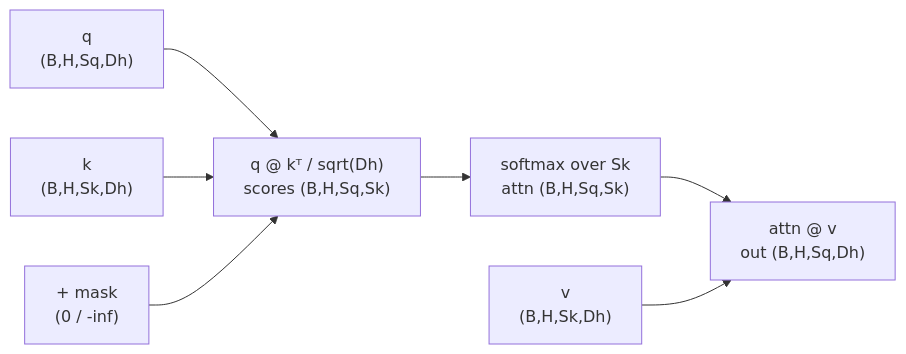
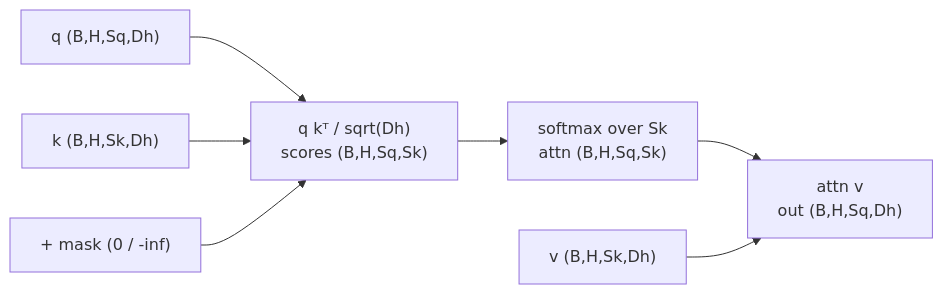
Before and after one commit to tanmaniac/nanovision: the first of 4 diagrams in assignments/a01_transformer/README.md, drawn with Mermaid. The commit also changed other lines of this file and 68 other files, not shown here.

````diff
--- a/assignments/a01_transformer/README.md
+++ b/assignments/a01_transformer/README.md
@@ -109,9 +72,9 @@
 ```mermaid
 flowchart LR
-    Q["q<br/>(B,H,Sq,Dh)"] --> S["q @ kᵀ / sqrt(Dh)<br/>scores (B,H,Sq,Sk)"]
-    K["k<br/>(B,H,Sk,Dh)"] --> S
-    M["+ mask<br/>(0 / -inf)"] --> S
+    Q["q (B,H,Sq,Dh)"] --> S["q kᵀ / sqrt(Dh)<br/>scores (B,H,Sq,Sk)"]
+    K["k (B,H,Sk,Dh)"] --> S
+    M["+ mask (0 / -inf)"] --> S
     S --> SM["softmax over Sk<br/>attn (B,H,Sq,Sk)"]
-    SM --> O["attn @ v<br/>out (B,H,Sq,Dh)"]
-    V["v<br/>(B,H,Sk,Dh)"] --> O
+    SM --> O["attn v<br/>out (B,H,Sq,Dh)"]
+    V["v (B,H,Sk,Dh)"] --> O
 ```
````
